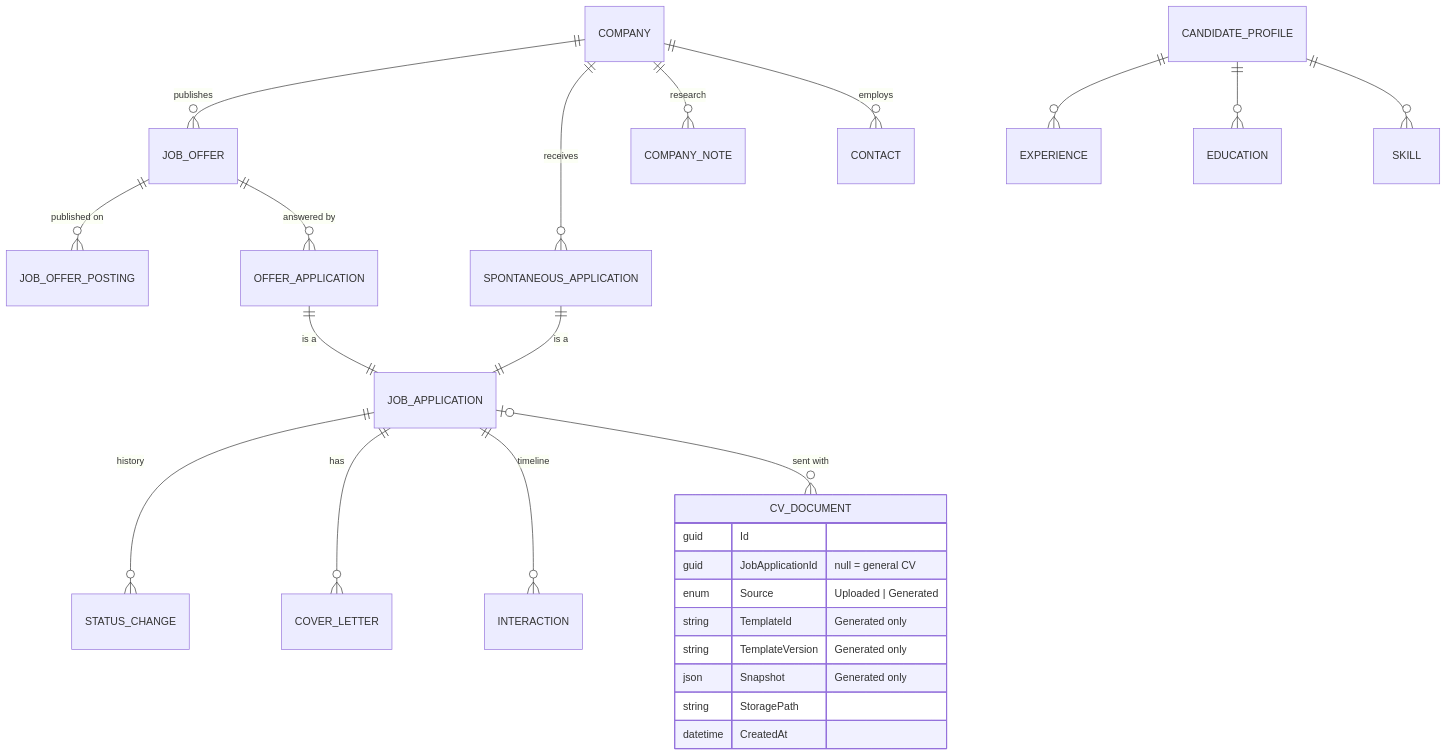
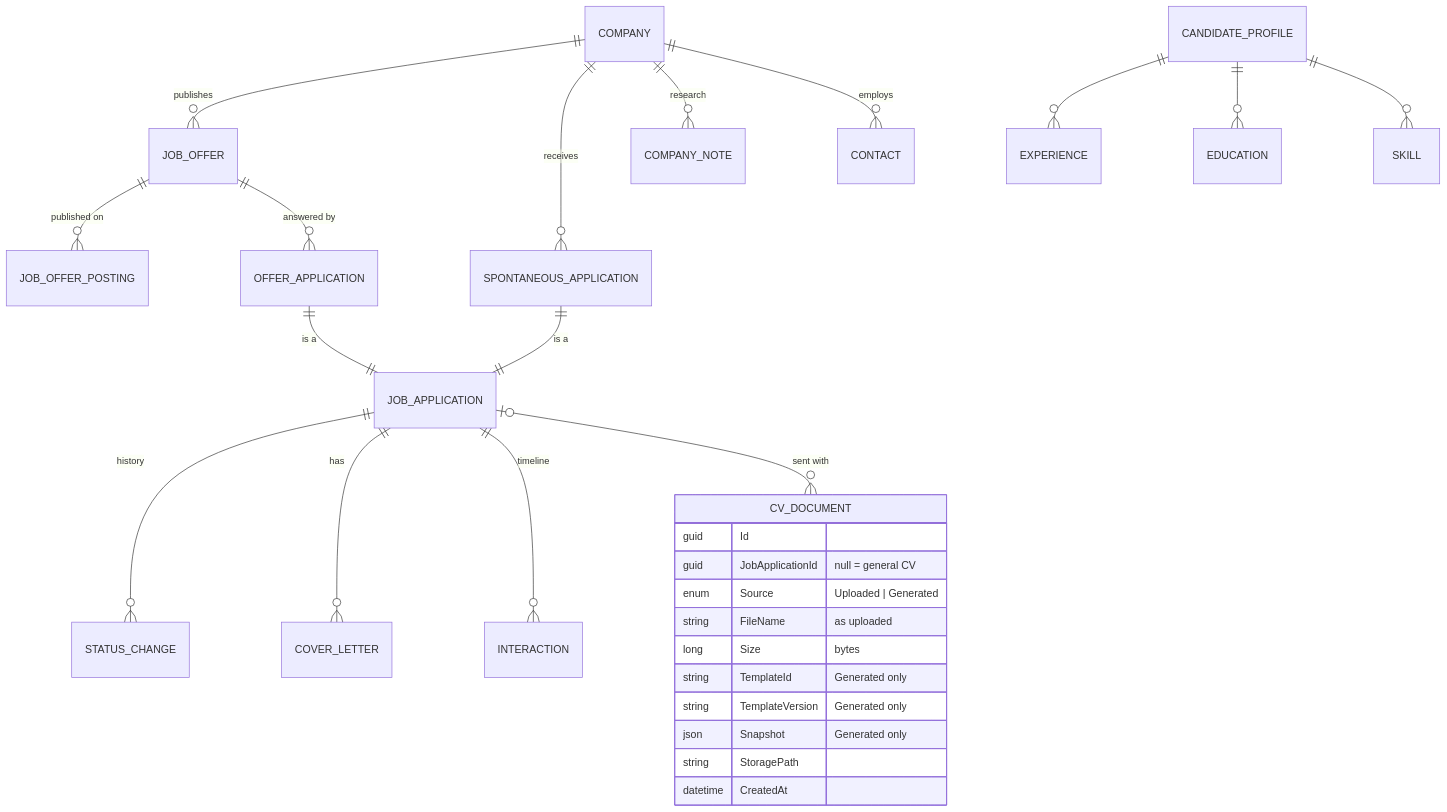
The second of 3 diagrams in docs/architecture.md (Kevin-HESSE/Ambio), drawn with Mermaid before and after one commit. The commit also changed other lines of this file and 9 other files, not shown here.

````diff
--- a/docs/architecture.md
+++ b/docs/architecture.md
@@ -57,29 +57,31 @@
 ```mermaid
 erDiagram
     COMPANY ||--o{ JOB_OFFER : "publishes"
     COMPANY ||--o{ SPONTANEOUS_APPLICATION : "receives"
     COMPANY ||--o{ COMPANY_NOTE : "research"
     COMPANY ||--o{ CONTACT : "employs"
     JOB_OFFER ||--o{ JOB_OFFER_POSTING : "published on"
     JOB_OFFER ||--o{ OFFER_APPLICATION : "answered by"
     OFFER_APPLICATION ||--|| JOB_APPLICATION : "is a"
     SPONTANEOUS_APPLICATION ||--|| JOB_APPLICATION : "is a"
     JOB_APPLICATION ||--o{ STATUS_CHANGE : "history"
     JOB_APPLICATION ||--o{ COVER_LETTER : "has"
     JOB_APPLICATION ||--o{ INTERACTION : "timeline"
     JOB_APPLICATION |o--o{ CV_DOCUMENT : "sent with"
     CANDIDATE_PROFILE ||--o{ EXPERIENCE : ""
     CANDIDATE_PROFILE ||--o{ EDUCATION : ""
     CANDIDATE_PROFILE ||--o{ SKILL : ""
 
     CV_DOCUMENT {
         guid Id
         guid JobApplicationId "null = general CV"
         enum Source "Uploaded | Generated"
+        string FileName "as uploaded"
+        long Size "bytes"
         string TemplateId "Generated only"
         string TemplateVersion "Generated only"
         json Snapshot "Generated only"
         string StoragePath
         datetime CreatedAt
     }
 ```
````
